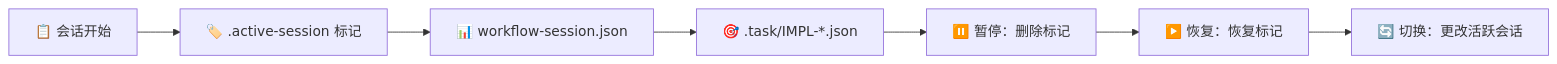
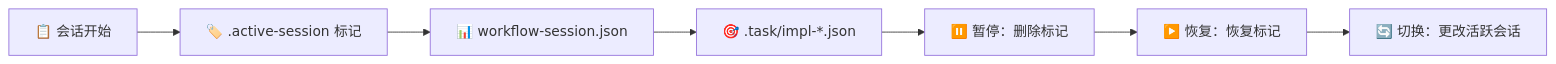
The fourth of 4 diagrams in README_CN.md (74587/Claude-Code-Workflow), drawn with Mermaid before and after one commit. The commit also changed other lines of this file and 1 other file, not shown here.

First line of the commit message:
docs: Update README files to v2.0 with four-layer architecture and command system alignment

````diff
--- a/README_CN.md
+++ b/README_CN.md
@@ -169,9 +179,9 @@
 ```mermaid
 graph LR
     START[📋 会话开始] --> MARKER[🏷️ .active-session 标记]
     MARKER --> JSON[📊 workflow-session.json]
-    JSON --> TASKS[🎯 .task/IMPL-*.json]
+    JSON --> TASKS[🎯 .task/impl-*.json]
     TASKS --> PAUSE[⏸️ 暂停：删除标记]
     PAUSE --> RESUME[▶️ 恢复：恢复标记]
     RESUME --> SWITCH[🔄 切换：更改活跃会话]
 ```
````
